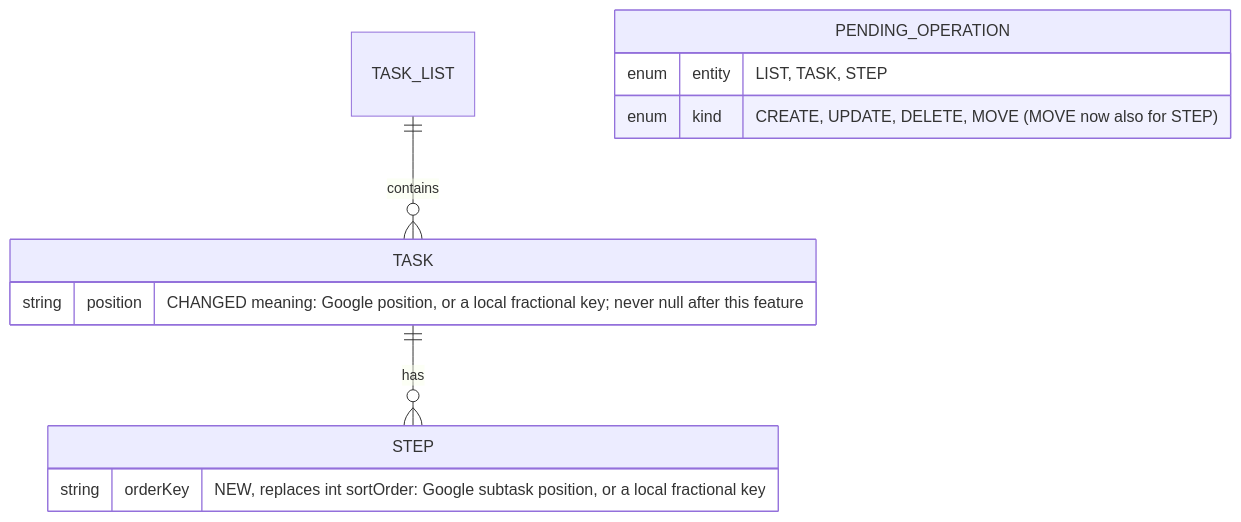
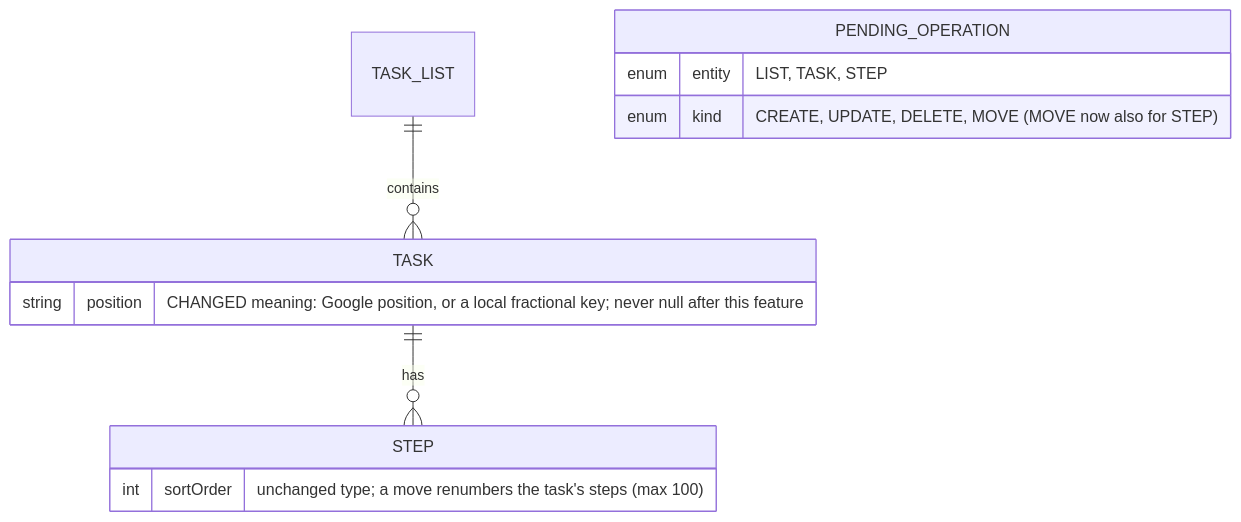
Before and after one commit to samekh248/duenorthtasks: the diagram in specs/003-reordering/data-model.md, drawn with Mermaid. The commit also changed other lines of this file and 24 other files, not shown here.

First line of the commit message:
Reordering: order keys, moves in the repository, Google move sync, reorder list component

````diff
--- a/specs/003-reordering/data-model.md
+++ b/specs/003-reordering/data-model.md
@@ -6,15 +6,15 @@
 ```mermaid
 erDiagram
     TASK_LIST ||--o{ TASK : contains
     TASK ||--o{ STEP : has
     TASK {
         string position "CHANGED meaning: Google position, or a local fractional key; never null after this feature"
     }
     STEP {
-        string orderKey "NEW, replaces int sortOrder: Google subtask position, or a local fractional key"
+        int sortOrder "unchanged type; a move renumbers the task's steps (max 100)"
     }
     PENDING_OPERATION {
         enum entity "LIST, TASK, STEP"
         enum kind "CREATE, UPDATE, DELETE, MOVE (MOVE now also for STEP)"
     }
 ```
````
